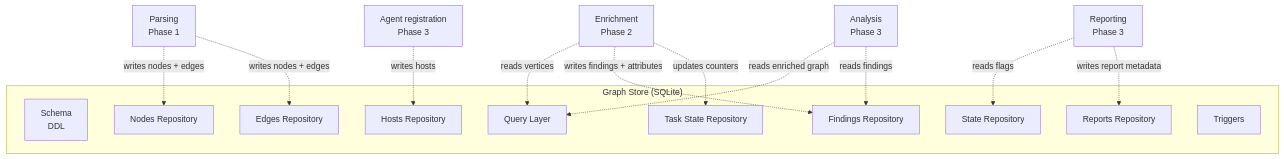
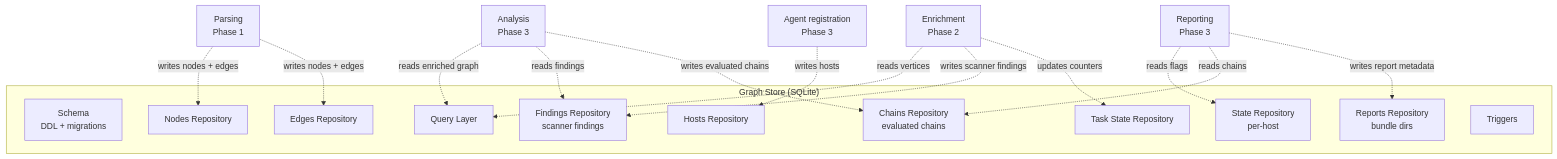
Before and after one commit to Malinowiy/AICorellator: the diagram in Documentation/Architecture/C4_L3_Phase0.md, drawn with Mermaid. The commit also changed other lines of this file and 3 other files, not shown here.

Commit message:
Fixes, +schema.sql

````diff
--- a/Documentation/Architecture/C4_L3_Phase0.md
+++ b/Documentation/Architecture/C4_L3_Phase0.md
@@ -15,26 +15,29 @@
 ```mermaid
 flowchart TB
     subgraph GS["Graph Store (SQLite)"]
-        SCHEMA[Schema<br/>DDL]
+        SCHEMA[Schema<br/>DDL + migrations]
         NODES[Nodes Repository]
         EDGES[Edges Repository]
-        FINDINGS[Findings Repository]
+        FINDINGS[Findings Repository<br/>scanner findings]
+        CHAINS[Chains Repository<br/>evaluated chains]
         HOSTS[Hosts Repository]
-        STATE[State Repository]
+        STATE[State Repository<br/>per-host]
         TASKS[Task State Repository]
-        REPORTS[Reports Repository]
+        REPORTS[Reports Repository<br/>bundle dirs]
         QUERY[Query Layer]
         TRIGGERS[Triggers]
     end
 
     FUTURE1[Parsing<br/>Phase 1] -.->|writes nodes + edges| NODES
     FUTURE1 -.->|writes nodes + edges| EDGES
     FUTURE2[Enrichment<br/>Phase 2] -.->|reads vertices| QUERY
-    FUTURE2 -.->|writes findings + attributes| FINDINGS
+    FUTURE2 -.->|writes scanner findings| FINDINGS
     FUTURE2 -.->|updates counters| TASKS
     FUTURE3[Analysis<br/>Phase 3] -.->|reads enriched graph| QUERY
     FUTURE3 -.->|reads findings| FINDINGS
+    FUTURE3 -.->|writes evaluated chains| CHAINS
     FUTURE4[Reporting<br/>Phase 3] -.->|reads flags| STATE
+    FUTURE4 -.->|reads chains| CHAINS
     FUTURE4 -.->|writes report metadata| REPORTS
     FUTURE5[Agent registration<br/>Phase 3] -.->|writes hosts| HOSTS
 ```
````
